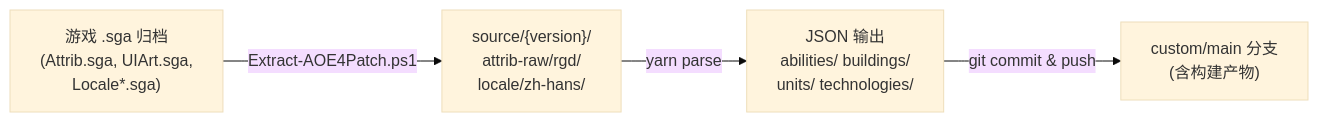
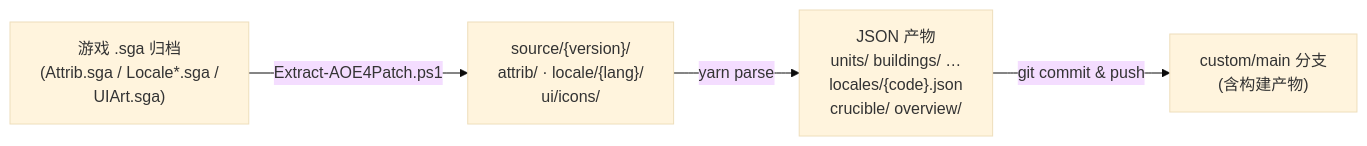
One commit to liumin1128/aoe4data changed the diagram in UPDATE_WORKFLOW.md. Above: the diagram before and after it, drawn with Mermaid (base theme). The commit also changed other lines of this file and 1 other file, not shown here.

First line of the commit message:
docs: rewrite update workflow for upstream multi-locale pipeline

````diff
--- a/UPDATE_WORKFLOW.md
+++ b/UPDATE_WORKFLOW.md
@@ -7,6 +7,6 @@
 ```mermaid
 flowchart LR
-    A["游戏 .sga 归档<br/>(Attrib.sga, UIArt.sga,<br/>Locale*.sga)"] -->|"Extract-AOE4Patch.ps1"| B["source/{version}/<br/>attrib-raw/rgd/<br/>locale/zh-hans/"]
-    B -->|"yarn parse"| C["JSON 输出<br/>abilities/ buildings/<br/>units/ technologies/"]
-    C -->|git commit & push| D["custom/main 分支<br/>(含构建产物)"]
+    A["游戏 .sga 归档<br/>(Attrib.sga / Locale*.sga /<br/>UIArt.sga)"] -->|"Extract-AOE4Patch.ps1"| B["source/{version}/<br/>attrib/ · locale/{lang}/<br/>ui/icons/"]
+    B -->|"yarn parse"| C["JSON 产物<br/>units/ buildings/ …<br/>locales/{code}.json<br/>crucible/ overview/"]
+    C -->|"git commit & push"| D["custom/main 分支<br/>(含构建产物)"]
 ```
````
